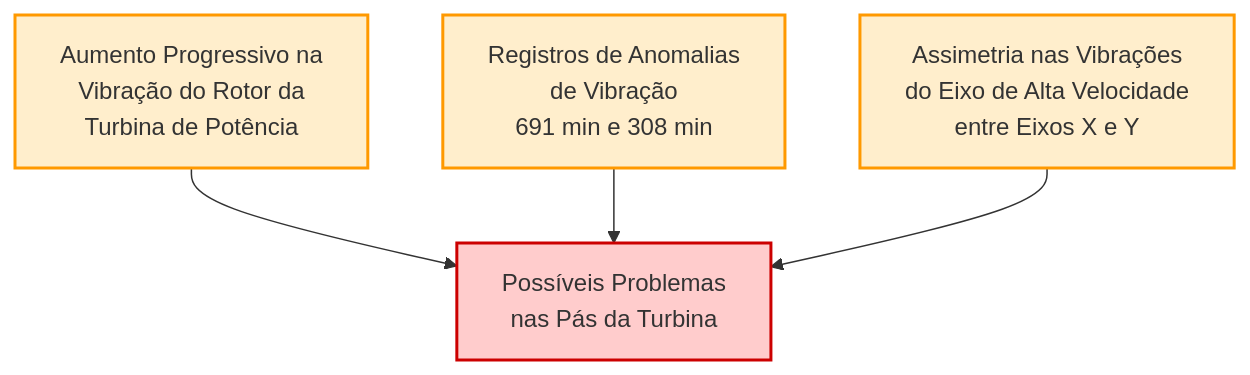
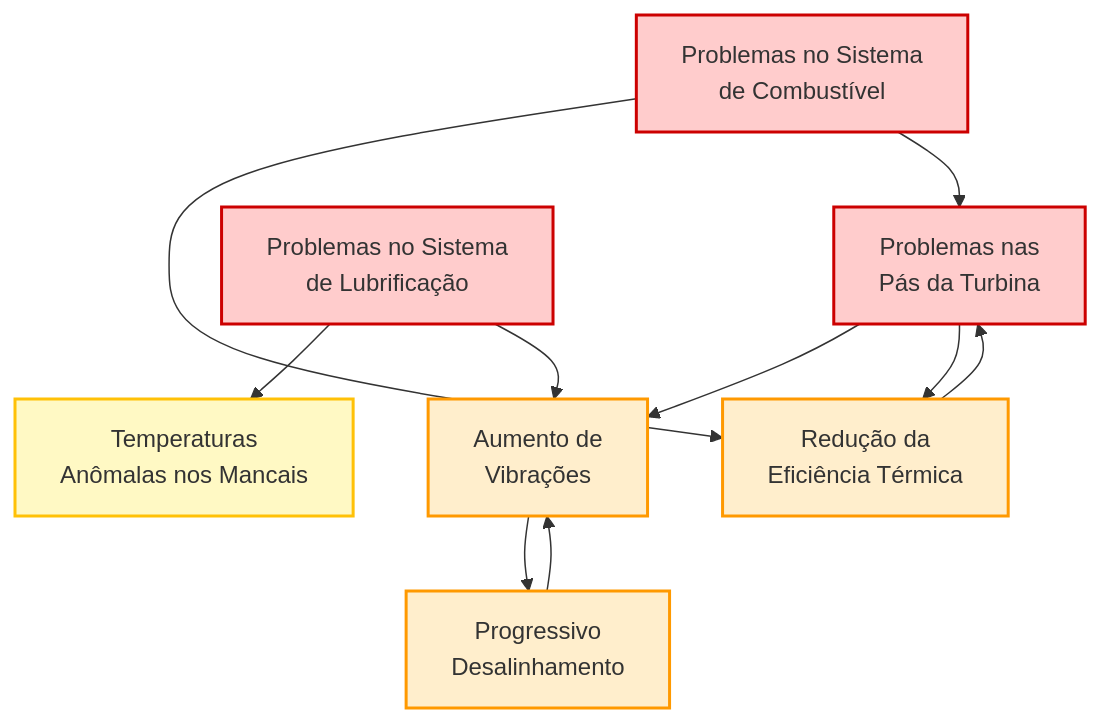
Before and after one commit to wonder-dmercadal/PublicReports: the eighth of 11 diagrams in Frade_TG2_Analysis.md, drawn with Mermaid. The commit also changed other lines of this file, not shown here.

````diff
--- a/Frade_TG2_Analysis.md
+++ b/Frade_TG2_Analysis.md
@@ -326,17 +267,20 @@
 ```mermaid
 graph TD
-    A[Aumento Progressivo na<br>Vibração do Rotor da<br>Turbina de Potência]
-    B[Registros de Anomalias<br>de Vibração<br>691 min e 308 min]
-    C[Assimetria nas Vibrações<br>do Eixo de Alta Velocidade<br>entre Eixos X e Y]
-    D[Possíveis Problemas<br>nas Pás da Turbina]
+    A[Problemas nas<br>Pás da Turbina] --> B[Aumento de<br>Vibrações]
+    A --> C[Redução da<br>Eficiência Térmica]
+    D[Problemas no Sistema<br>de Lubrificação] --> E[Temperaturas<br>Anômalas nos Mancais]
+    D --> B
+    F[Problemas no Sistema<br>de Combustível] --> C
+    F --> A
+    B --> G[Progressivo<br>Desalinhamento]
+    G --> B
+    C --> A
     
-    A --> D
-    B --> D
-    C --> D
+    classDef primary fill:#ffcccc,stroke:#cc0000,stroke-width:2px
+    classDef secondary fill:#ffeecc,stroke:#ff9900,stroke-width:2px
+    classDef effect fill:#fff9c4,stroke:#FFC107,stroke-width:2px
     
-    classDef evidence fill:#ffeecc,stroke:#ff9900,stroke-width:2px
-    classDef problem fill:#ffcccc,stroke:#cc0000,stroke-width:2px
-    
-    class A,B,C evidence
-    class D problem
+    class A,D,F primary
+    class B,C,G secondary
+    class E effect
 ```
````
